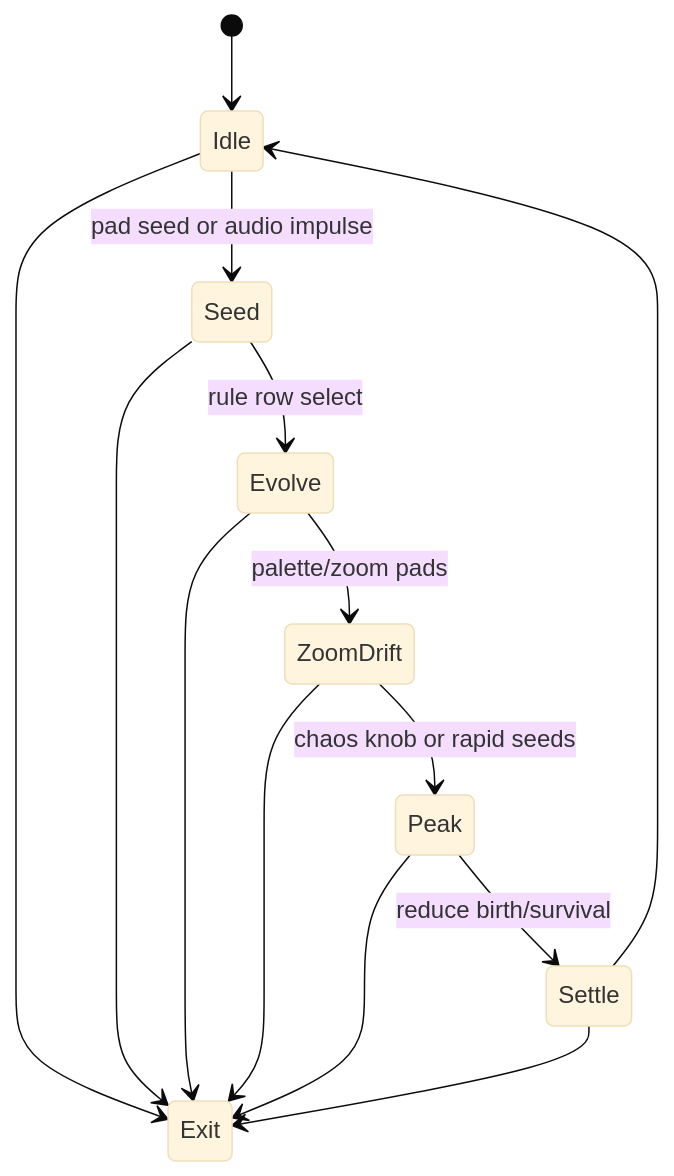
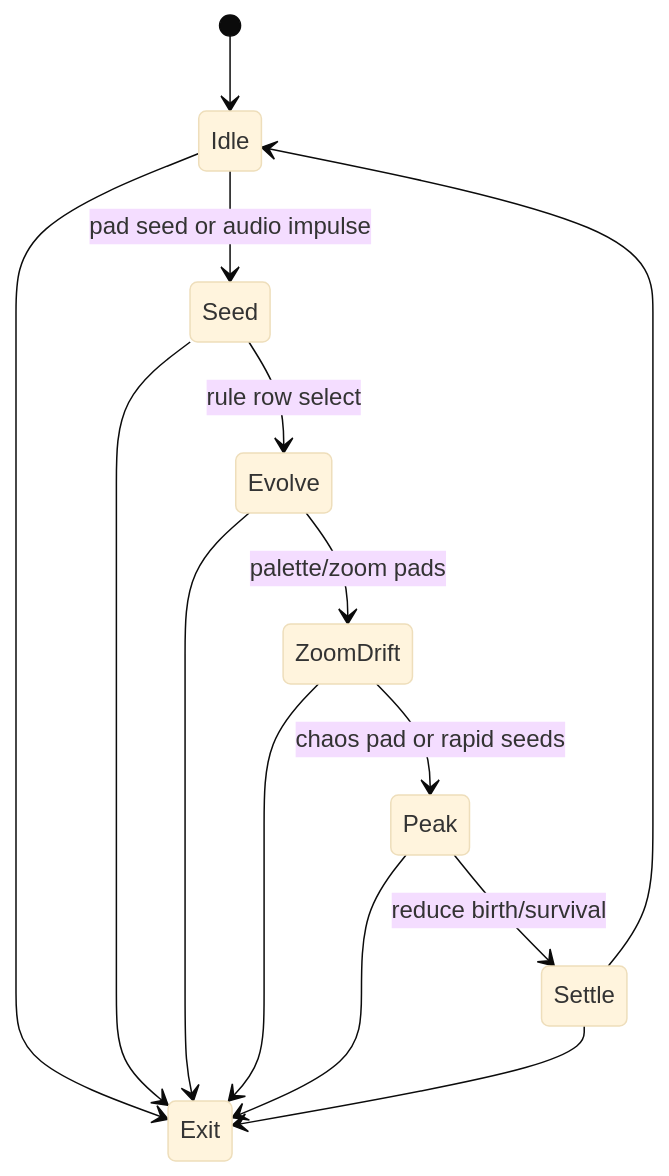
The seventh of 15 diagrams in docs/processing-syphon-idea-board.md (abossard/synesthesia-visuals), drawn with Mermaid (base theme) before and after one commit. The commit also changed other lines of this file and 1 other file, not shown here.

````diff
--- a/docs/processing-syphon-idea-board.md
+++ b/docs/processing-syphon-idea-board.md
@@ -227,16 +231,16 @@
   ```mermaid
   stateDiagram-v2
     [*] --> Idle
     Idle --> Seed : pad seed or audio impulse
     Seed --> Evolve : rule row select
     Evolve --> ZoomDrift : palette/zoom pads
-    ZoomDrift --> Peak : chaos knob or rapid seeds
+    ZoomDrift --> Peak : chaos pad or rapid seeds
     Peak --> Settle : reduce birth/survival
     Settle --> Idle
     Idle --> Exit
     Seed --> Exit
     Evolve --> Exit
     ZoomDrift --> Exit
     Peak --> Exit
     Settle --> Exit
   ```
````
